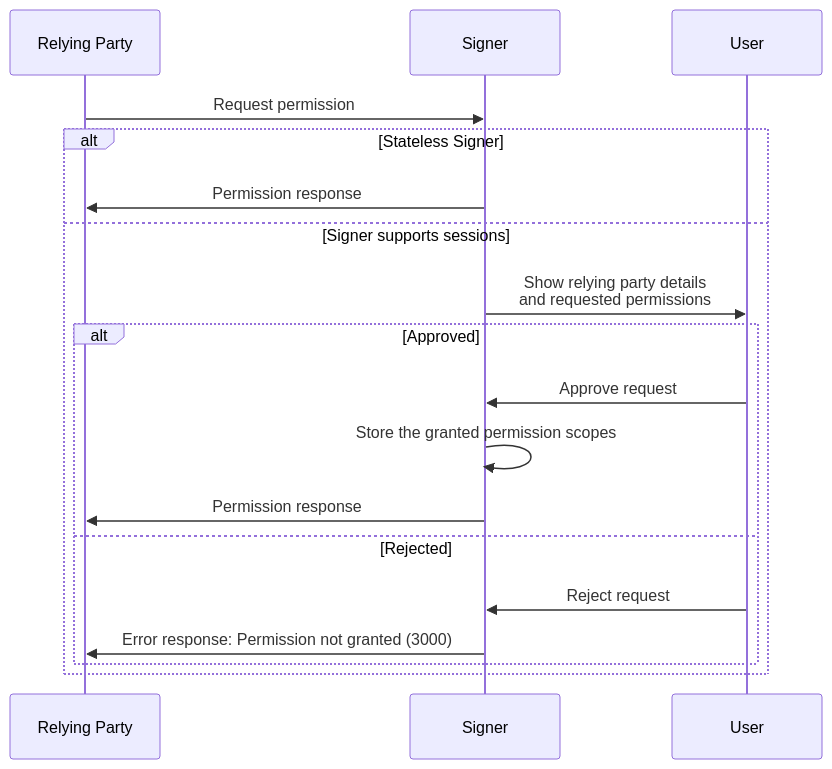
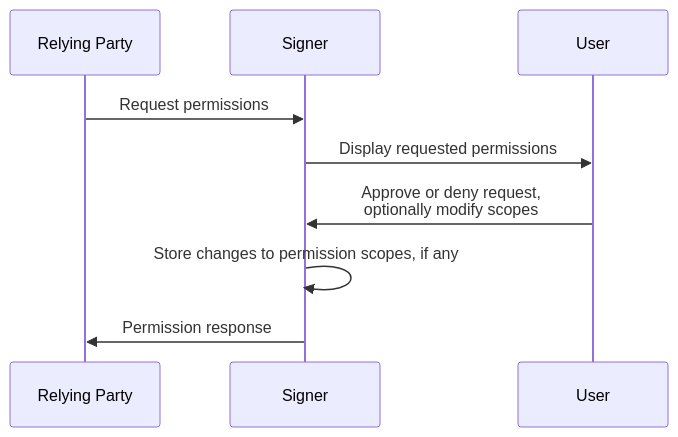
The first of 3 diagrams in topics/icrc_25_signer_interaction_standard.md (dfinity/wg-identity-authentication), drawn with Mermaid before and after one commit. The commit also changed other lines of this file, not shown here.

First line of the commit message:
ICRC-25: Change permission model to support ask-on-(first-)use (#185)

````diff
--- a/topics/icrc_25_signer_interaction_standard.md
+++ b/topics/icrc_25_signer_interaction_standard.md
@@ -144,21 +149,12 @@
 ```mermaid
 sequenceDiagram
     participant RP as Relying Party
     participant S as Signer
     participant U as User
 
-    RP ->> S: Request permission
-    alt Stateless Signer
-        S ->> RP: Permission response
-    else Signer supports sessions 
-        S ->> U: Show relying party details<br>and requested permissions
-        alt Approved
-            U ->> S: Approve request
-            S ->> S: Store the granted permission scopes
-            S ->> RP: Permission response
-        else Rejected
-            U ->> S: Reject request
-            S ->> RP: Error response: Permission not granted (3000)
-        end
-    end
+    RP ->> S: Request permissions
+    S ->> U: Display requested permissions
+    U ->> S: Approve or deny request,<br>optionally modify scopes
+    S ->> S: Store changes to permission scopes, if any
+    S ->> RP: Permission response
 ```
````
